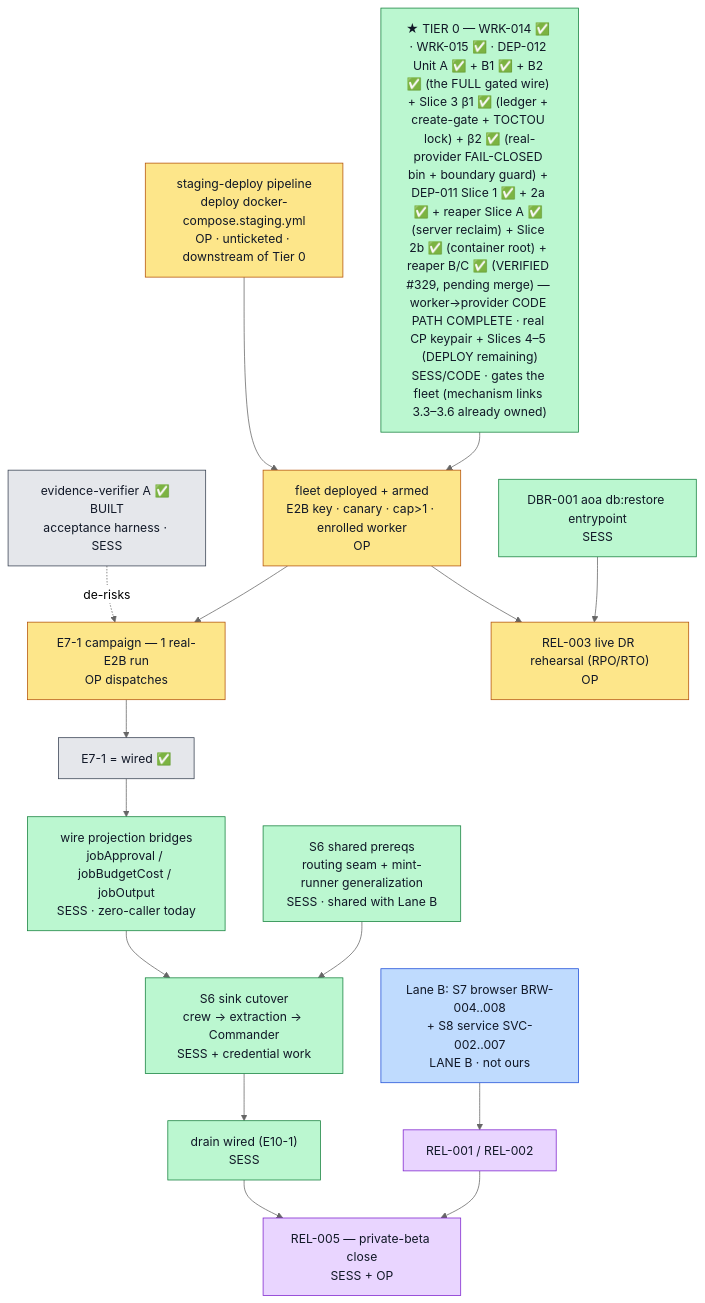
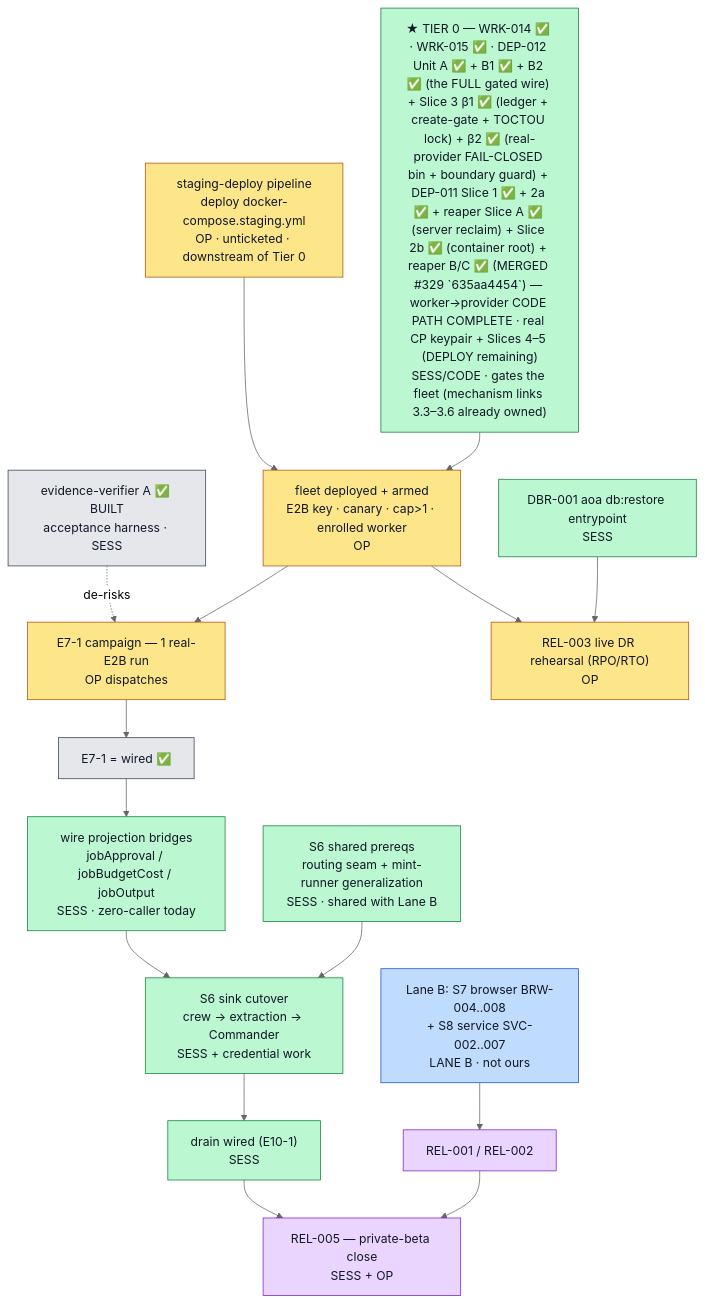
Before and after one commit to MeteoriteLabs/AoA: the diagram in docs/replatform/GO-BOOK.md, drawn with Mermaid (neutral theme). The commit also changed other lines of this file, not shown here.

First line of the commit message:
docs(GO-BOOK): DEP-011 reaper Slices B+C MERGED (635aa4454) into docs/replatform-program

````diff
--- a/docs/replatform/GO-BOOK.md
+++ b/docs/replatform/GO-BOOK.md
@@ -264,34 +266,34 @@
 ```mermaid
 flowchart TD
   V["evidence-verifier A ✅ BUILT<br/>acceptance harness · SESS"]:::done
   C0["staging-deploy pipeline<br/>deploy docker-compose.staging.yml<br/>OP · unticketed · downstream of Tier 0"]:::op
-  D11["★ TIER 0 — WRK-014 ✅ · WRK-015 ✅ · DEP-012 Unit A ✅ + B1 ✅ + B2 ✅ (the FULL gated wire) + Slice 3 β1 ✅ (ledger + create-gate + TOCTOU lock) + β2 ✅ (real-provider FAIL-CLOSED bin + boundary guard) + DEP-011 Slice 1 ✅ + 2a ✅ + reaper Slice A ✅ (server reclaim) + Slice 2b ✅ (container root) + reaper B/C ✅ (VERIFIED #329, pending merge) — worker→provider CODE PATH COMPLETE · real CP keypair + Slices 4–5 (DEPLOY remaining)<br/>SESS/CODE · gates the fleet (mechanism links 3.3–3.6 already owned)"]:::sess
+  D11["★ TIER 0 — WRK-014 ✅ · WRK-015 ✅ · DEP-012 Unit A ✅ + B1 ✅ + B2 ✅ (the FULL gated wire) + Slice 3 β1 ✅ (ledger + create-gate + TOCTOU lock) + β2 ✅ (real-provider FAIL-CLOSED bin + boundary guard) + DEP-011 Slice 1 ✅ + 2a ✅ + reaper Slice A ✅ (server reclaim) + Slice 2b ✅ (container root) + reaper B/C ✅ (MERGED #329 `635aa4454`) — worker→provider CODE PATH COMPLETE · real CP keypair + Slices 4–5 (DEPLOY remaining)<br/>SESS/CODE · gates the fleet (mechanism links 3.3–3.6 already owned)"]:::sess
   C2["fleet deployed + armed<br/>E2B key · canary · cap&gt;1 · enrolled worker<br/>OP"]:::op
   C3["E7-1 campaign — 1 real-E2B run<br/>OP dispatches"]:::op
   CW["E7-1 = wired ✅"]:::done
   BR["wire projection bridges<br/>jobApproval / jobBudgetCost / jobOutput<br/>SESS · zero-caller today"]:::sess
   RT["S6 shared prereqs<br/>routing seam + mint-runner generalization<br/>SESS · shared with Lane B"]:::sess
   SK["S6 sink cutover<br/>crew → extraction → Commander<br/>SESS + credential work"]:::sess
   DR["drain wired (E10-1)<br/>SESS"]:::sess
   R5["REL-005 — private-beta close<br/>SESS + OP"]:::mix
   LB["Lane B: S7 browser BRW-004..008<br/>+ S8 service SVC-002..007<br/>LANE B · not ours"]:::laneb
   R1["REL-001 / REL-002"]:::mix
   DBR["DBR-001 aoa db:restore entrypoint<br/>SESS"]:::sess
   R3["REL-003 live DR rehearsal (RPO/RTO)<br/>OP"]:::op
 
   V -.->|de-risks| C3
   C0 --> C2
   D11 --> C2
   C2 --> C3 --> CW --> BR --> SK
   RT --> SK
   SK --> DR --> R5
   LB --> R1 --> R5
   DBR --> R3
   C2 --> R3
 
   classDef op fill:#fde68a,stroke:#b45309,color:#111827;
   classDef sess fill:#bbf7d0,stroke:#15803d,color:#111827;
   classDef laneb fill:#bfdbfe,stroke:#1d4ed8,color:#111827;
   classDef done fill:#e5e7eb,stroke:#374151,color:#111827;
   classDef mix fill:#e9d5ff,stroke:#7e22ce,color:#111827;
 ```
````
